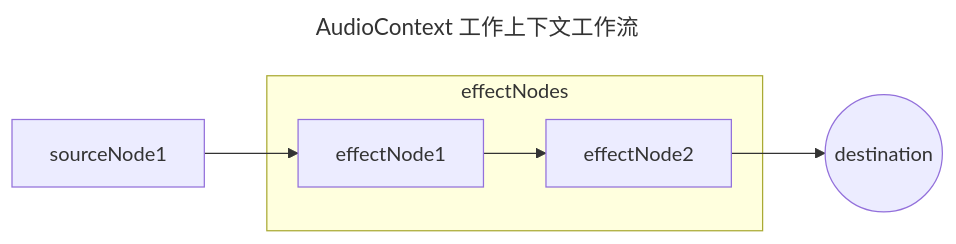
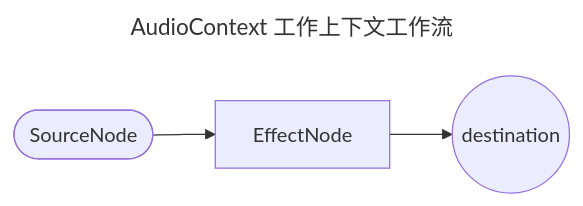
Before and after one commit to superAlibi/notes: the fourth of 5 diagrams in notes/blogs/web_media/audio_api.md, drawn with Mermaid. The commit also changed other lines of this file, not shown here.

````diff
--- a/notes/blogs/web_media/audio_api.md
+++ b/notes/blogs/web_media/audio_api.md
@@ -284,11 +312,9 @@
 ```mermaid
 ---
 title: AudioContext 工作上下文工作流
 ---
 flowchart LR
-  sourceNode1-->effectNode1
-  subgraph effectNodes
-    effectNode1 --> effectNode2
-  end
-  effectNode2-->destinationNode((destination))
+
+  sourceNode([SourceNode])-->EffectNode--> destinationNode((destination))
+
 ```
````
